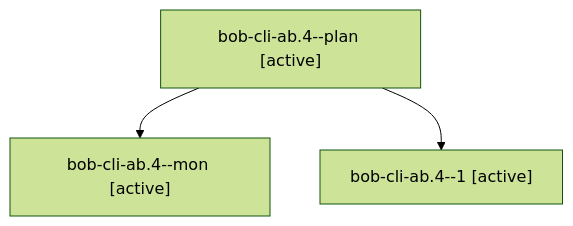
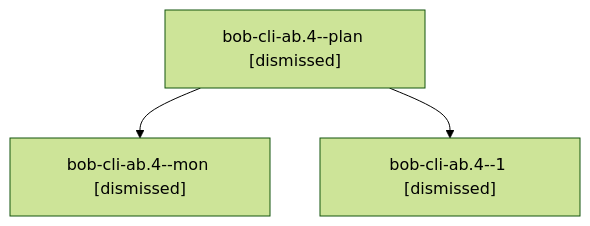
One commit to bobs-org/bob-cli--agents changed the diagram in sessions/bbugyi200.apollo.bob-cli-ab.4.md. Above: the diagram before and after it, drawn with Mermaid (forest theme). The commit also changed other lines of this file and 225 other files, not shown here.

````diff
--- a/sessions/bbugyi200.apollo.bob-cli-ab.4.md
+++ b/sessions/bbugyi200.apollo.bob-cli-ab.4.md
@@ -9,8 +9,8 @@
 ```mermaid
 flowchart TD
-  n0["bob-cli-ab.4--plan [active]"]
-  n1["bob-cli-ab.4--mon [active]"]
+  n0["bob-cli-ab.4--plan [dismissed]"]
+  n1["bob-cli-ab.4--mon [dismissed]"]
   n0 --> n1
-  n2["bob-cli-ab.4--1 [active]"]
+  n2["bob-cli-ab.4--1 [dismissed]"]
   n0 --> n2
 ```
````
